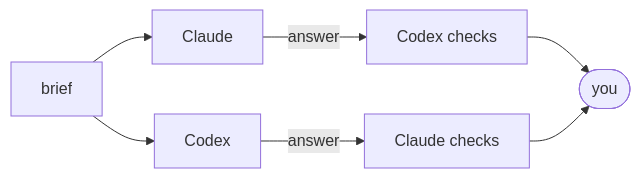
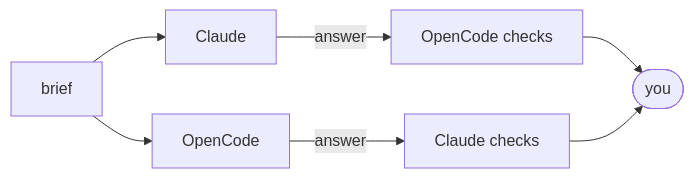
One commit to ivklgn/polybrief changed the third of 4 diagrams in README.md. Above: the diagram before and after it, drawn with Mermaid. The commit also changed other lines of this file and 8 other files, not shown here.

````diff
--- a/README.md
+++ b/README.md
@@ -81,7 +85,7 @@
 ```mermaid
 flowchart LR
-  B[brief] --> X[Codex] & C[Claude]
-  X -- answer --> CC[Claude checks]
-  C -- answer --> XC[Codex checks]
-  XC & CC --> Y([you])
+  B[brief] --> C[Claude] & O[OpenCode]
+  C -- answer --> OC[OpenCode checks]
+  O -- answer --> CC[Claude checks]
+  OC & CC --> Y([you])
 ```
````
